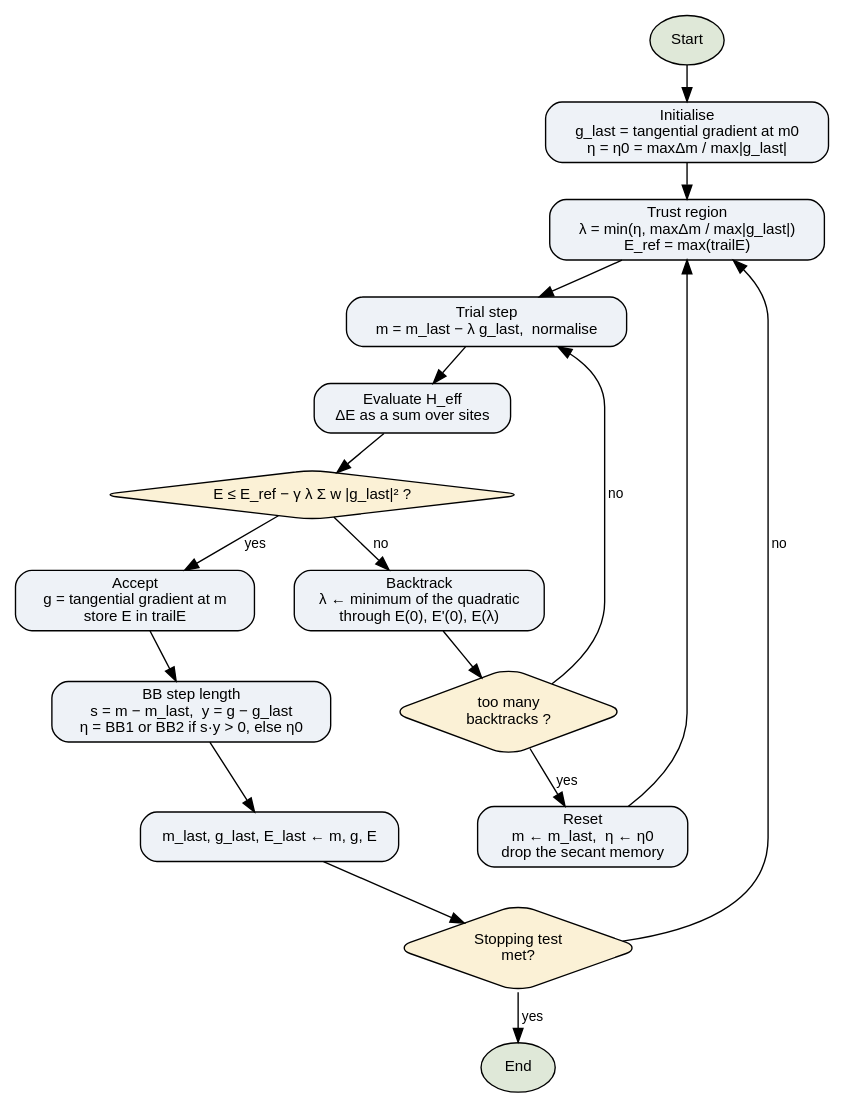
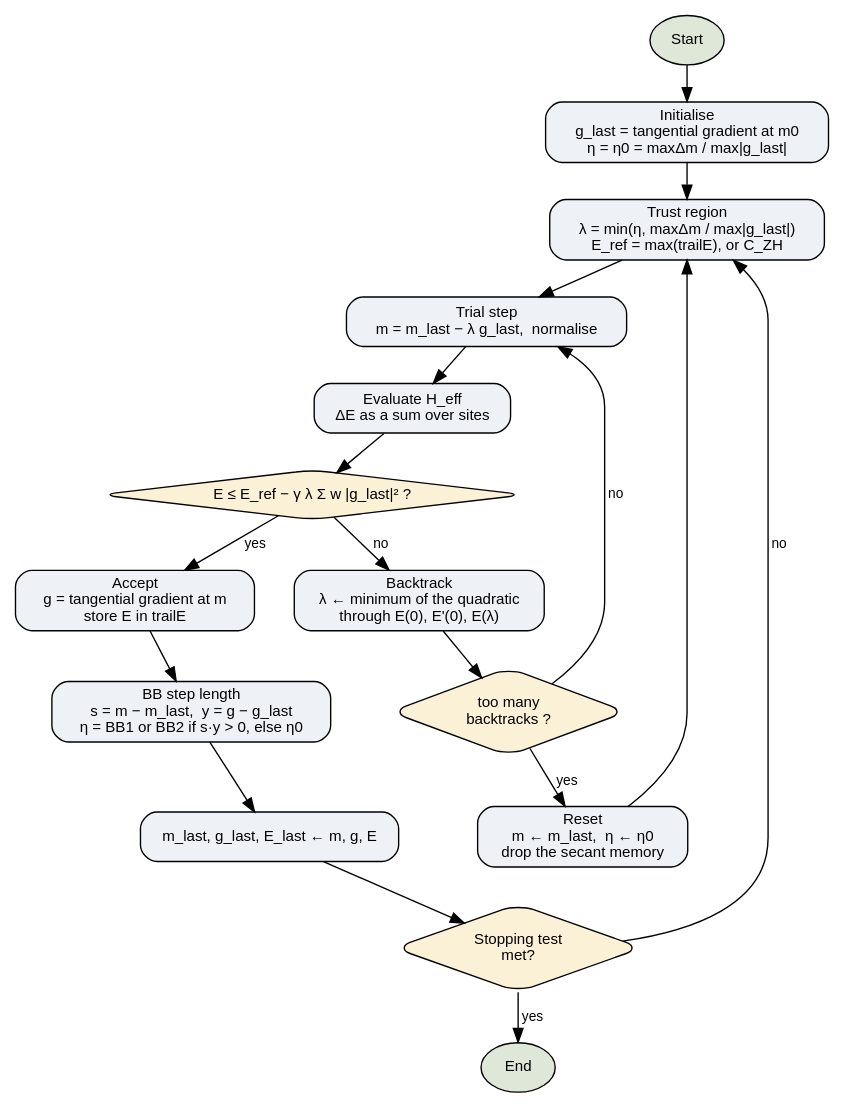
One commit to computationalmodelling/fidimag changed the second of 2 diagrams in doc/physics_num_methods/energy_minimisation.rst. Above: the diagram before and after it, drawn with Graphviz. The commit also changed other lines of this file and 3 other files, not shown here.

```diff
--- a/doc/physics_num_methods/energy_minimisation.rst
+++ b/doc/physics_num_methods/energy_minimisation.rst
@@ -384,38 +405,38 @@
 .. graphviz::
     :caption: The Barzilai-Borwein path of the Hubert minimiser.
     :align: center
 
     digraph bb {
         graph [bgcolor=white, rankdir=TB, nodesep=0.4, ranksep=0.35,
                fontname="Helvetica"];
         node  [shape=box, style="rounded,filled", fillcolor="#eef2f7",
                fontname="Helvetica", fontsize=11];
         edge  [fontname="Helvetica", fontsize=10];
 
         start   [label="Start", shape=oval, fillcolor="#dfe8d8"];
         init    [label="Initialise\ng_last = tangential gradient at m0\nη = η0 = maxΔm / max|g_last|"];
-        cap     [label="Trust region\nλ = min(η, maxΔm / max|g_last|)\nE_ref = max(trailE)"];
+        cap     [label="Trust region\nλ = min(η, maxΔm / max|g_last|)\nE_ref = max(trailE), or C_ZH"];
         trial   [label="Trial step\nm = m_last − λ g_last,  normalise"];
         eval    [label="Evaluate H_eff\nΔE as a sum over sites"];
         gll     [label="E ≤ E_ref − γ λ Σ w |g_last|² ?", shape=diamond,
                  fillcolor="#fbf1d6"];
         back    [label="Backtrack\nλ ← minimum of the quadratic\nthrough E(0), E'(0), E(λ)"];
         tired   [label="too many\nbacktracks ?", shape=diamond, fillcolor="#fbf1d6"];
         reset   [label="Reset\nm ← m_last,  η ← η0\ndrop the secant memory"];
         accept  [label="Accept\ng = tangential gradient at m\nstore E in trailE"];
         bb      [label="BB step length\ns = m − m_last,  y = g − g_last\nη = BB1 or BB2 if s·y > 0, else η0"];
         shift   [label="m_last, g_last, E_last ← m, g, E"];
         stop    [label="Stopping test\nmet?", shape=diamond, fillcolor="#fbf1d6"];
         done    [label="End", shape=oval, fillcolor="#dfe8d8"];
 
         start -> init -> cap -> trial -> eval -> gll;
         gll   -> accept [label=" yes"];
         gll   -> back   [label=" no"];
         back  -> tired;
         tired -> trial  [label=" no"];
         tired -> reset  [label=" yes"];
         reset -> cap;
         accept -> bb -> shift -> stop;
         stop  -> done   [label=" yes"];
         stop  -> cap    [label=" no"];
     }
```
